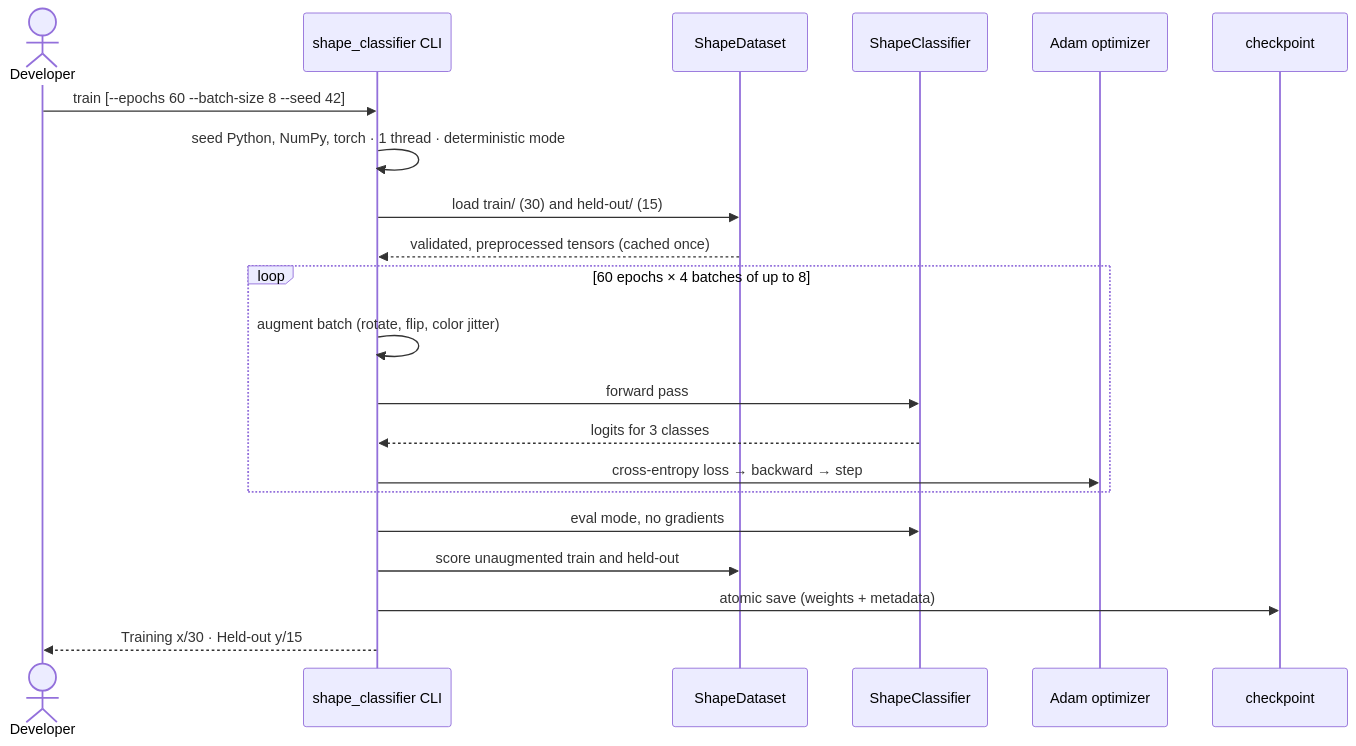
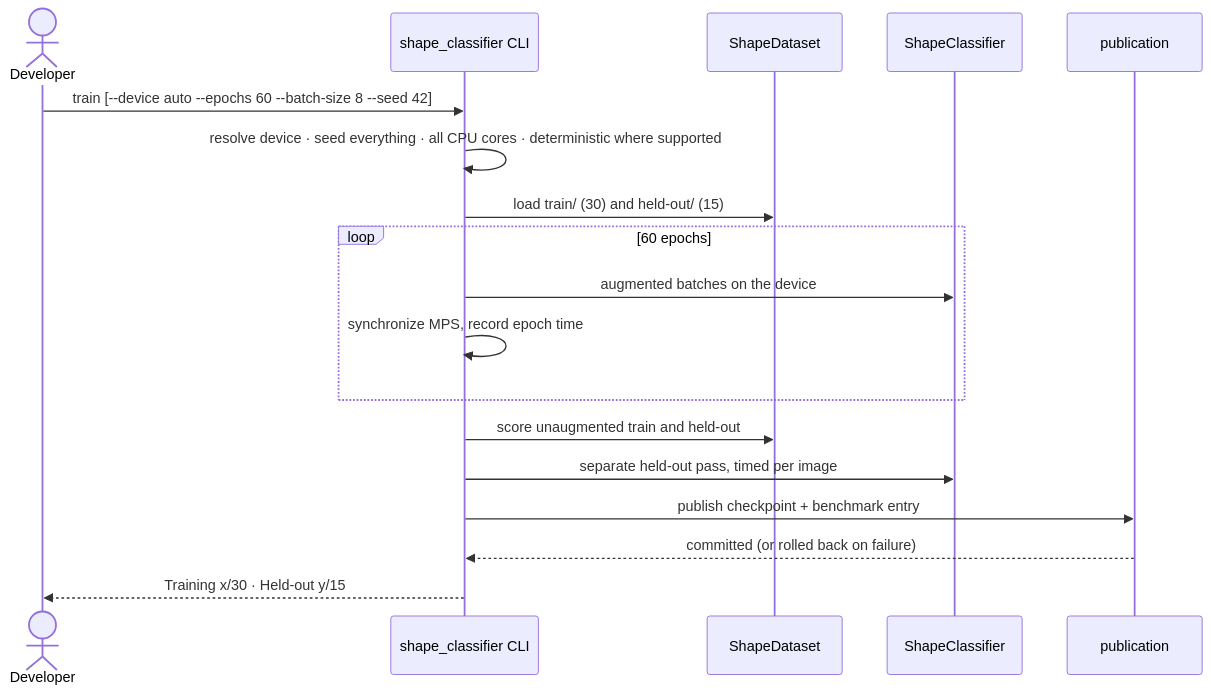
One commit to nal/ML changed the seventh of 14 diagrams in CNN/image_classification/docs/hld/hld.md. Above: the diagram before and after it, drawn with Mermaid. The commit also changed other lines of this file and 1 other file, not shown here.

First line of the commit message:
docs(hld): refresh design and slides for device benchmark

````diff
--- a/CNN/image_classification/docs/hld/hld.md
+++ b/CNN/image_classification/docs/hld/hld.md
@@ -162,23 +200,20 @@
 ```mermaid
 sequenceDiagram
   actor U as Developer
   participant CLI as shape_classifier CLI
   participant DS as ShapeDataset
   participant M as ShapeClassifier
-  participant O as Adam optimizer
-  participant CK as checkpoint
-  U->>CLI: train [--epochs 60 --batch-size 8 --seed 42]
-  CLI->>CLI: seed Python, NumPy, torch · 1 thread · deterministic mode
+  participant P as publication
+  U->>CLI: train [--device auto --epochs 60 --batch-size 8 --seed 42]
+  CLI->>CLI: resolve device · seed everything · all CPU cores · deterministic where supported
   CLI->>DS: load train/ (30) and held-out/ (15)
-  DS-->>CLI: validated, preprocessed tensors (cached once)
-  loop 60 epochs × 4 batches of up to 8
-    CLI->>CLI: augment batch (rotate, flip, color jitter)
-    CLI->>M: forward pass
-    M-->>CLI: logits for 3 classes
-    CLI->>O: cross-entropy loss → backward → step
+  loop 60 epochs
+    CLI->>M: augmented batches on the device
+    CLI->>CLI: synchronize MPS, record epoch time
   end
-  CLI->>M: eval mode, no gradients
   CLI->>DS: score unaugmented train and held-out
-  CLI->>CK: atomic save (weights + metadata)
+  CLI->>M: separate held-out pass, timed per image
+  CLI->>P: publish checkpoint + benchmark entry
+  P-->>CLI: committed (or rolled back on failure)
   CLI-->>U: Training x/30 · Held-out y/15
 ```
````
